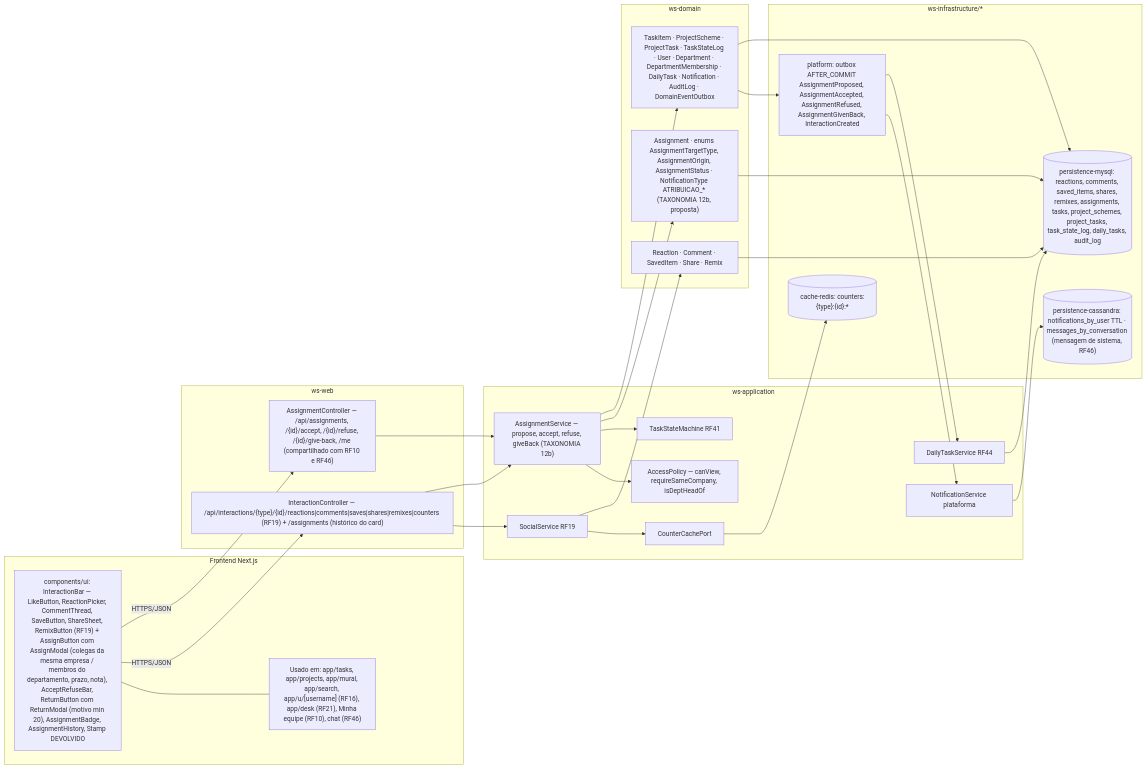
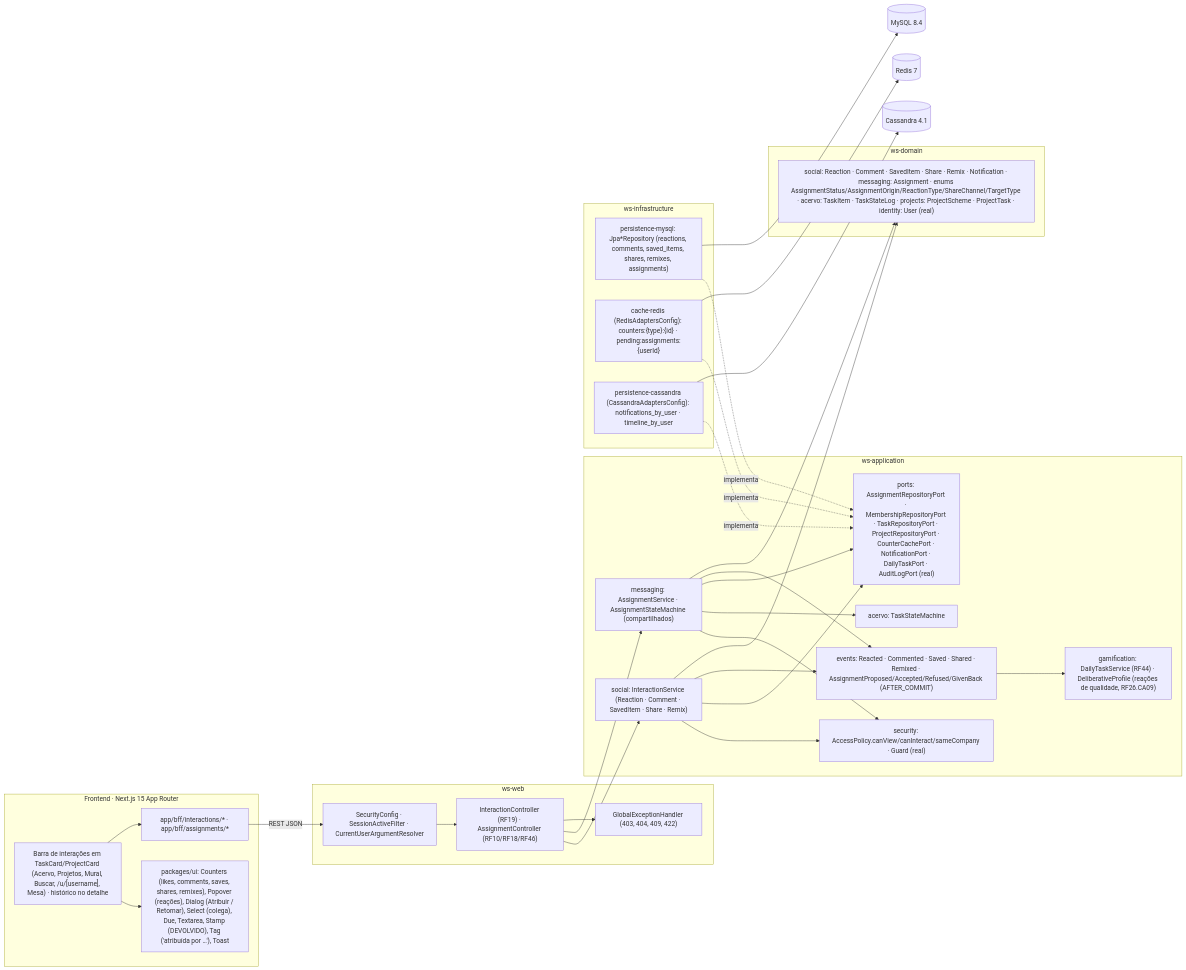
The fifth of 5 diagrams in docs/diagramas/RF18/README.md (MatheusHaliski/Decia-app-2026), drawn with Mermaid before and after one commit. The commit also changed other lines of this file and 4 other files, not shown here.

First line of the commit message:
docs(diagramas): reescreve RF16–RF20 (perfil de terceiros, Buscar, interações sociais, adequação do acervo)

````diff
--- a/docs/diagramas/RF18/README.md
+++ b/docs/diagramas/RF18/README.md
@@ -574,57 +474,52 @@
 ```mermaid
 flowchart LR
-  subgraph FE["Frontend Next.js"]
-    F1["components/ui: InteractionBar — LikeButton, ReactionPicker, CommentThread, SaveButton, ShareSheet, RemixButton (RF19) + AssignButton com AssignModal (colegas da mesma empresa / membros do departamento, prazo, nota), AcceptRefuseBar, ReturnButton com ReturnModal (motivo min 20), AssignmentBadge, AssignmentHistory, Stamp DEVOLVIDO"]
-    F2["Usado em: app/tasks, app/projects, app/mural, app/search, app/u/[username] (RF16), app/desk (RF21), Minha equipe (RF10), chat (RF46)"]
+  subgraph FE["Frontend · Next.js 15 App Router"]
+    PG["Barra de interações em TaskCard/ProjectCard (Acervo, Projetos, Mural, Buscar, /u/[username], Mesa) · histórico no detalhe"]
+    UI["packages/ui: Counters (likes, comments, saves, shares, remixes), Popover (reações), Dialog (Atribuir / Retornar), Select (colega), Due, Textarea, Stamp (DEVOLVIDO), Tag ('atribuída por …'), Toast"]
+    BFF["app/bff/interactions/* · app/bff/assignments/*"]
+    PG --> UI
+    PG --> BFF
+  end
+  subgraph WSWEB["ws-web"]
+    SEC["SecurityConfig · SessionActiveFilter · CurrentUserArgumentResolver"]
+    IC["InteractionController (RF19) · AssignmentController (RF10/RF18/RF46)"]
+    GEH["GlobalExceptionHandler (403, 404, 409, 422)"]
+  end
+  subgraph WSAPP["ws-application"]
+    SOC["social: InteractionService (Reaction · Comment · SavedItem · Share · Remix)"]
+    ASG["messaging: AssignmentService · AssignmentStateMachine (compartilhados)"]
+    ACV["acervo: TaskStateMachine"]
+    SECU["security: AccessPolicy.canView/canInteract/sameCompany · Guard (real)"]
+    PORTS["ports: AssignmentRepositoryPort · MembershipRepositoryPort · TaskRepositoryPort · ProjectRepositoryPort · CounterCachePort · NotificationPort · DailyTaskPort · AuditLogPort (real)"]
+    EVT["events: Reacted · Commented · Saved · Shared · Remixed · AssignmentProposed/Accepted/Refused/GivenBack (AFTER_COMMIT)"]
+    GAM["gamification: DailyTaskService (RF44) · DeliberativeProfile (reações de qualidade, RF26.CA09)"]
+    SOC --> SECU
+    ASG --> SECU
+    ASG --> ACV
+    SOC --> PORTS
+    ASG --> PORTS
+    SOC --> EVT
+    ASG --> EVT
+    EVT --> GAM
+  end
+  subgraph WSDOM["ws-domain"]
+    DOM["social: Reaction · Comment · SavedItem · Share · Remix · Notification · messaging: Assignment · enums AssignmentStatus/AssignmentOrigin/ReactionType/ShareChannel/TargetType · acervo: TaskItem · TaskStateLog · projects: ProjectScheme · ProjectTask · identity: User (real)"]
+  end
+  subgraph INFRA["ws-infrastructure"]
+    MY["persistence-mysql: Jpa*Repository (reactions, comments, saved_items, shares, remixes, assignments)"]
+    RDS["cache-redis (RedisAdaptersConfig): counters:{type}:{id} · pending:assignments:{userId}"]
+    CAS["persistence-cassandra (CassandraAdaptersConfig): notifications_by_user · timeline_by_user"]
   end
 
-  subgraph WEB["ws-web"]
-    C1["InteractionController — /api/interactions/{type}/{id}/reactions|comments|saves|shares|remixes|counters (RF19) + /assignments (histórico do card)"]
-    C2["AssignmentController — /api/assignments, /{id}/accept, /{id}/refuse, /{id}/give-back, /me (compartilhado com RF10 e RF46)"]
-  end
-
-  subgraph APP["ws-application"]
-    S1["SocialService RF19"]
-    S2["AssignmentService — propose, accept, refuse, giveBack (TAXONOMIA 12b)"]
-    S3["AccessPolicy — canView, requireSameCompany, isDeptHeadOf"]
-    S4["TaskStateMachine RF41"]
-    S5["NotificationService plataforma"]
-    S6["DailyTaskService RF44"]
-    P1["CounterCachePort"]
-  end
-
-  subgraph DOM["ws-domain"]
-    D1["Reaction · Comment · SavedItem · Share · Remix"]
-    D2["Assignment · enums AssignmentTargetType, AssignmentOrigin, AssignmentStatus · NotificationType ATRIBUICAO_* (TAXONOMIA 12b, proposta)"]
-    D3["TaskItem · ProjectScheme · ProjectTask · TaskStateLog · User · Department · DepartmentMembership · DailyTask · Notification · AuditLog · DomainEventOutbox"]
-  end
-
-  subgraph INFRA["ws-infrastructure/*"]
-    I1[("persistence-mysql: reactions, comments, saved_items, shares, remixes, assignments, tasks, project_schemes, project_tasks, task_state_log, daily_tasks, audit_log")]
-    I2[("cache-redis: counters:{type}:{id}:*")]
-    I3[("persistence-cassandra: notifications_by_user TTL · messages_by_conversation (mensagem de sistema, RF46)")]
-    I4["platform: outbox AFTER_COMMIT AssignmentProposed, AssignmentAccepted, AssignmentRefused, AssignmentGivenBack, InteractionCreated"]
-  end
-
-  F1 --- F2
-  F1 -->|"HTTPS/JSON"| C1
-  F1 -->|"HTTPS/JSON"| C2
-  C1 --> S1
-  C1 --> S2
-  C2 --> S2
-  S1 --> P1
-  S1 --> D1
-  S2 --> S3
-  S2 --> S4
-  S2 --> D2
-  S2 --> D3
-  D3 --> I4
-  I4 --> S5
-  I4 --> S6
-  S5 --> I3
-  S6 --> I1
-  D1 --> I1
-  D2 --> I1
-  D3 --> I1
-  P1 --> I2
+  BFF -->|"REST JSON"| SEC --> IC --> SOC
+  IC --> ASG
+  IC --> GEH
+  MY -.implementa.-> PORTS
+  RDS -.implementa.-> PORTS
+  CAS -.implementa.-> PORTS
+  SOC --> DOM
+  ASG --> DOM
+  MY --> DB[("MySQL 8.4")]
+  RDS --> RD[("Redis 7")]
+  CAS --> CDB[("Cassandra 4.1")]
 ```
````
